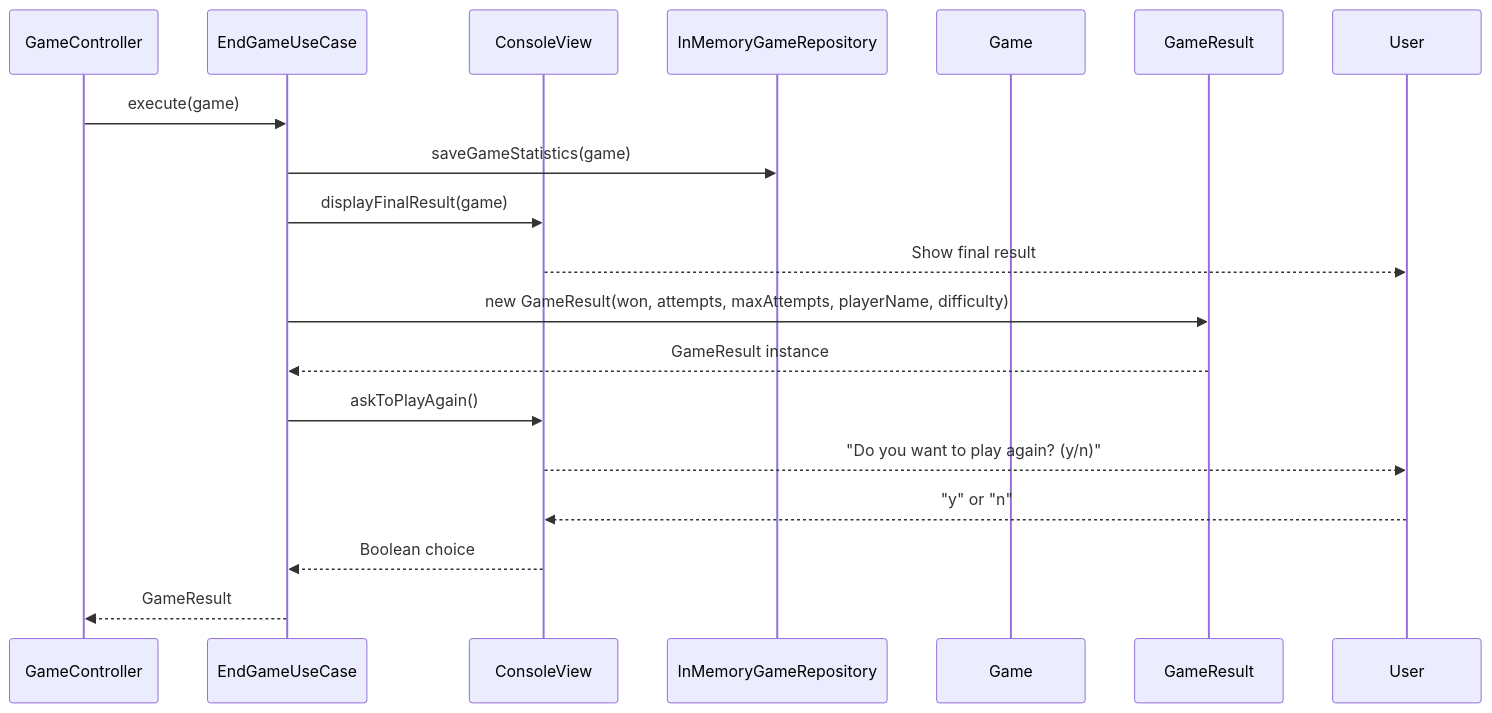
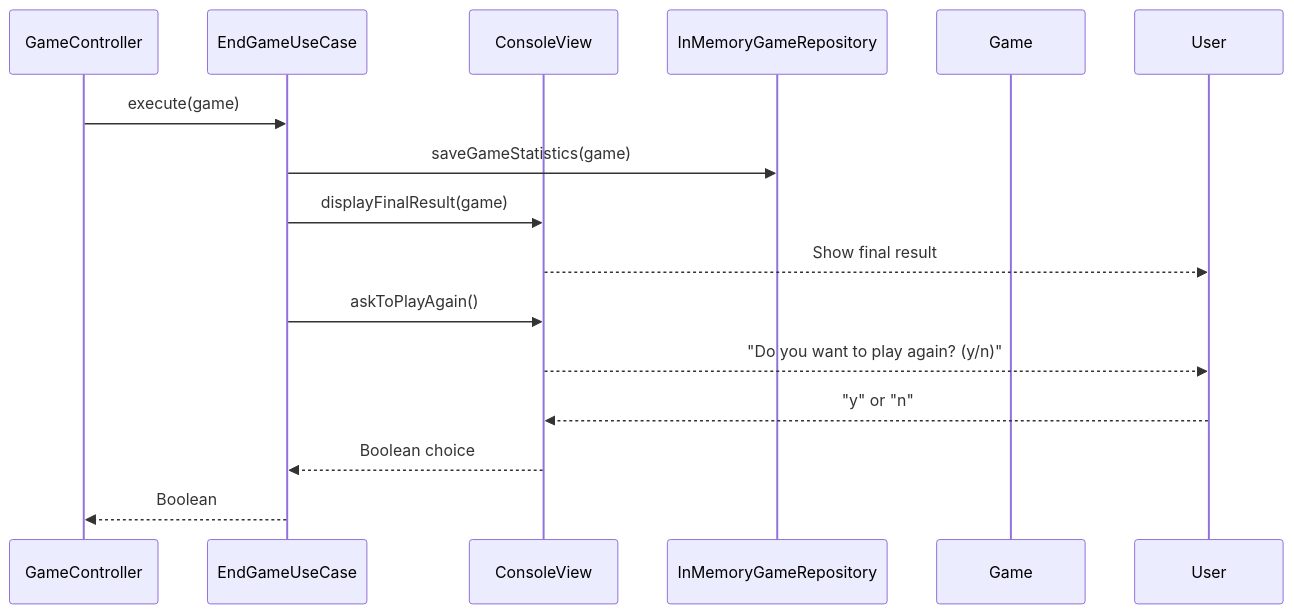
One commit to Shockp/Backend-Projects changed the fourth of 5 diagrams in number-guessing-game/UML Diagrams/SequenceDiagram.md. Above: the diagram before and after it, drawn with Mermaid. The commit also changed other lines of this file and 4 other files, not shown here.

Commit message:
UML Updated

````diff
--- a/number-guessing-game/UML Diagrams/SequenceDiagram.md
+++ b/number-guessing-game/UML Diagrams/SequenceDiagram.md
@@ -205,21 +208,18 @@
 ```mermaid
 sequenceDiagram
     participant GameController
     participant EndGameUseCase
     participant ConsoleView
     participant InMemoryGameRepository
     participant Game
-    participant GameResult
 
     GameController->>EndGameUseCase: execute(game)
     EndGameUseCase->>InMemoryGameRepository: saveGameStatistics(game)
     EndGameUseCase->>ConsoleView: displayFinalResult(game)
     ConsoleView-->>User: Show final result
-    EndGameUseCase->>GameResult: new GameResult(won, attempts, maxAttempts, playerName, difficulty)
-    GameResult-->>EndGameUseCase: GameResult instance
     EndGameUseCase->>ConsoleView: askToPlayAgain()
     ConsoleView-->>User: "Do you want to play again? (y/n)"
     User-->>ConsoleView: "y" or "n"
     ConsoleView-->>EndGameUseCase: Boolean choice
-    EndGameUseCase-->>GameController: GameResult
+    EndGameUseCase-->>GameController: Boolean
 ```
````
